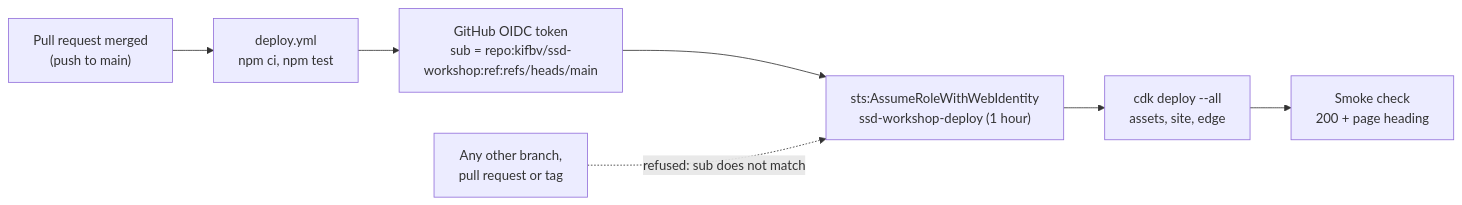
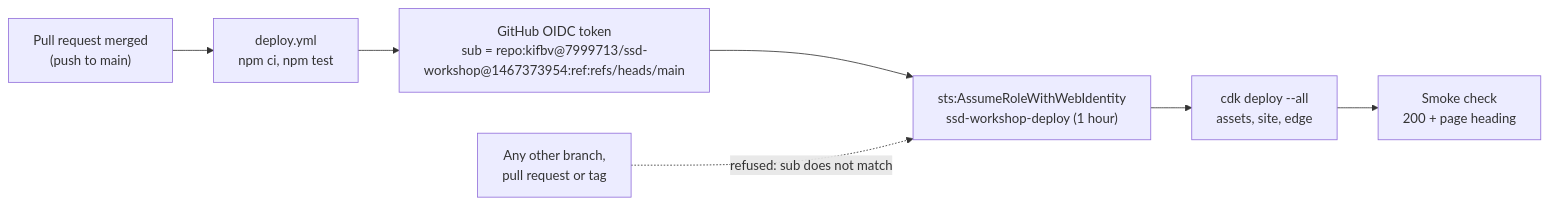
Before and after one commit to kifbv/ssd-workshop: the diagram in infra/README.md, drawn with Mermaid. The commit also changed other lines of this file and 5 other files, not shown here.

First line of the commit message:
Trust GitHub's ID-form OIDC subject for the deploy role

````diff
--- a/infra/README.md
+++ b/infra/README.md
@@ -25,9 +25,9 @@
 ```mermaid
 flowchart LR
   merge["Pull request merged<br/>(push to main)"] --> wf["deploy.yml<br/>npm ci, npm test"]
-  wf --> oidc["GitHub OIDC token<br/>sub = repo:kifbv/ssd-workshop:ref:refs/heads/main"]
+  wf --> oidc["GitHub OIDC token<br/>sub = repo:kifbv@7999713/ssd-workshop@1467373954:ref:refs/heads/main"]
   oidc --> role["sts:AssumeRoleWithWebIdentity<br/>ssd-workshop-deploy (1 hour)"]
   role --> cdk["cdk deploy --all<br/>assets, site, edge"]
   cdk --> smoke["Smoke check<br/>200 + page heading"]
   other["Any other branch,<br/>pull request or tag"] -.->|"refused: sub does not match"| role
 ```
````
